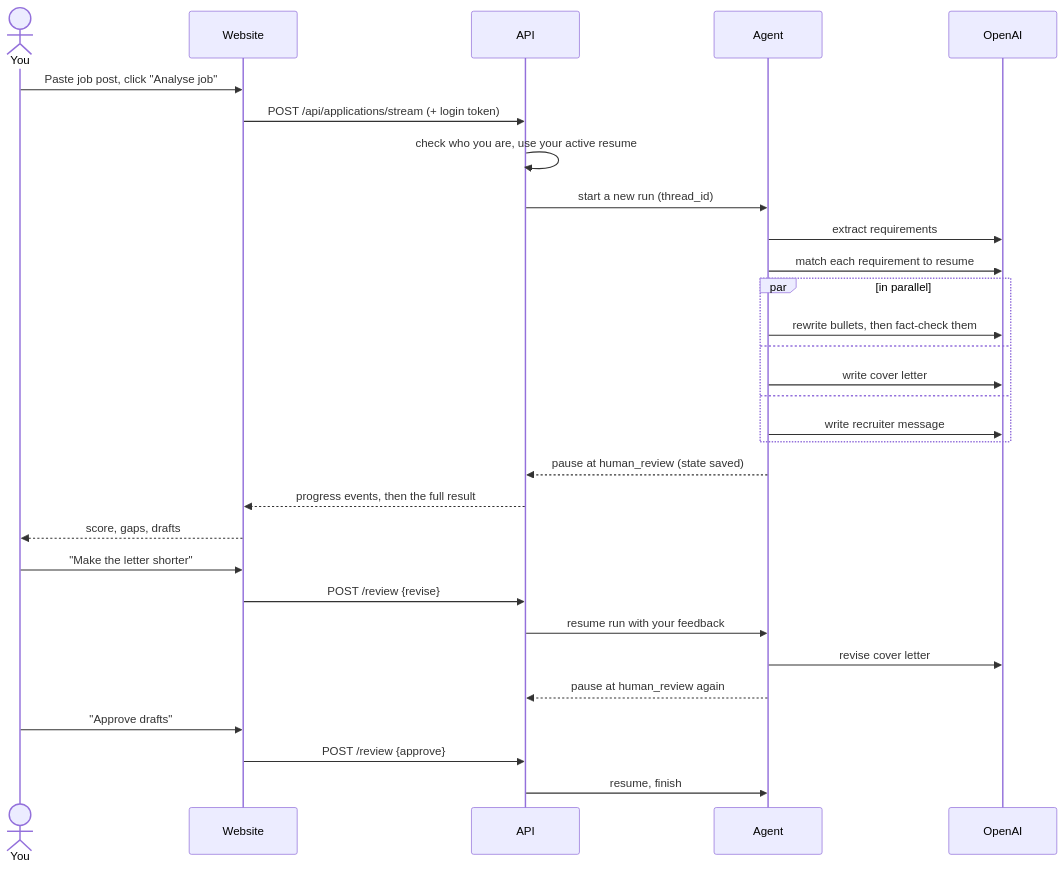
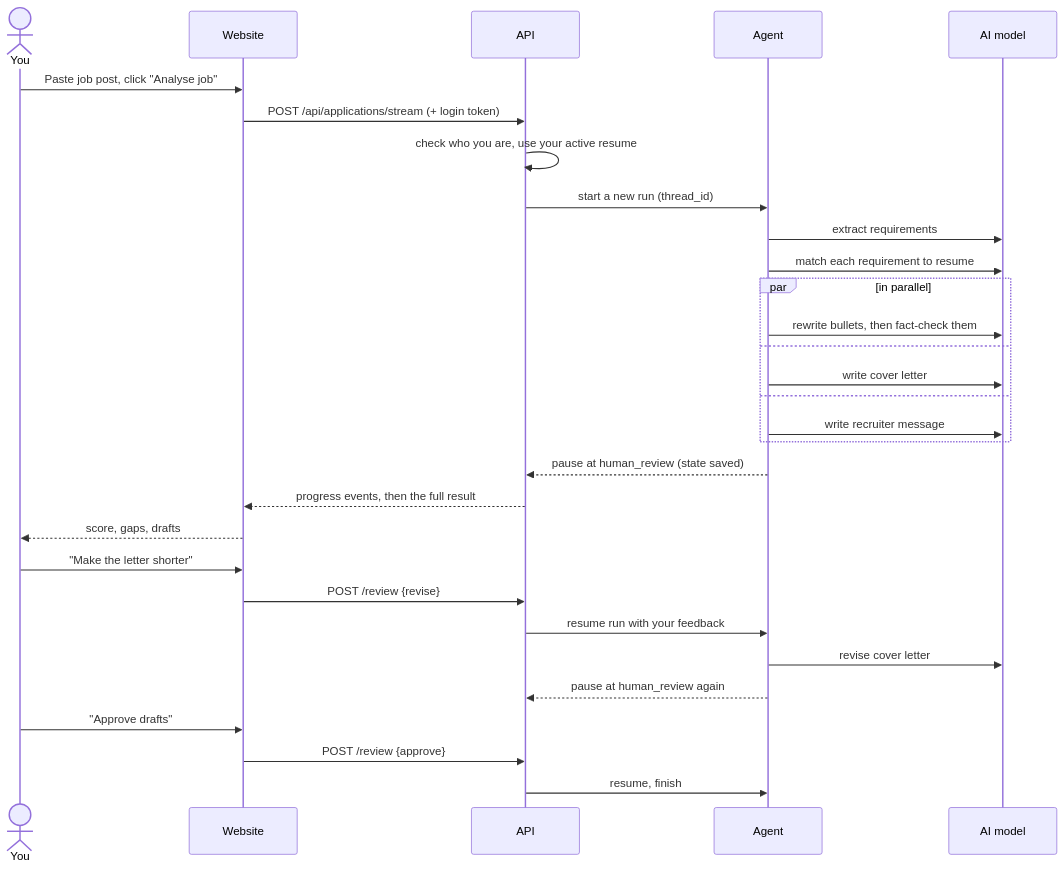
Before and after one commit to nilabhnahideka/job-copilot: the third of 3 diagrams in docs/architecture.md, drawn with Mermaid. The commit also changed other lines of this file and 12 other files, not shown here.

````diff
--- a/docs/architecture.md
+++ b/docs/architecture.md
@@ -72,34 +72,34 @@
 ```mermaid
 sequenceDiagram
     actor You
     participant Web as Website
     participant API
     participant Agent
-    participant AI as OpenAI
+    participant AI as AI model
 
     You->>Web: Paste job post, click "Analyse job"
     Web->>API: POST /api/applications/stream (+ login token)
     API->>API: check who you are, use your active resume
     API->>Agent: start a new run (thread_id)
     Agent->>AI: extract requirements
     Agent->>AI: match each requirement to resume
     par in parallel
         Agent->>AI: rewrite bullets, then fact-check them
     and
         Agent->>AI: write cover letter
     and
         Agent->>AI: write recruiter message
     end
     Agent-->>API: pause at human_review (state saved)
     API-->>Web: progress events, then the full result
     Web-->>You: score, gaps, drafts
 
     You->>Web: "Make the letter shorter"
     Web->>API: POST /review {revise}
     API->>Agent: resume run with your feedback
     Agent->>AI: revise cover letter
     Agent-->>API: pause at human_review again
     You->>Web: "Approve drafts"
     Web->>API: POST /review {approve}
     API->>Agent: resume, finish
 ```
````
